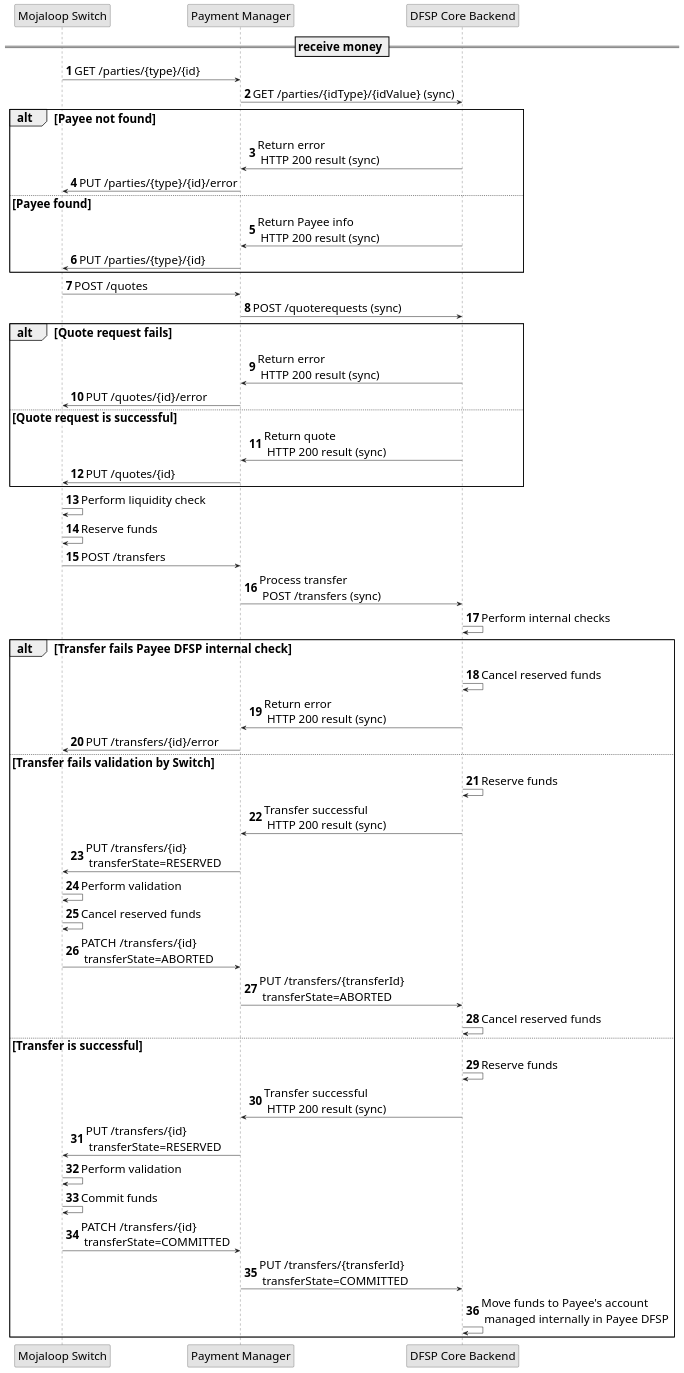
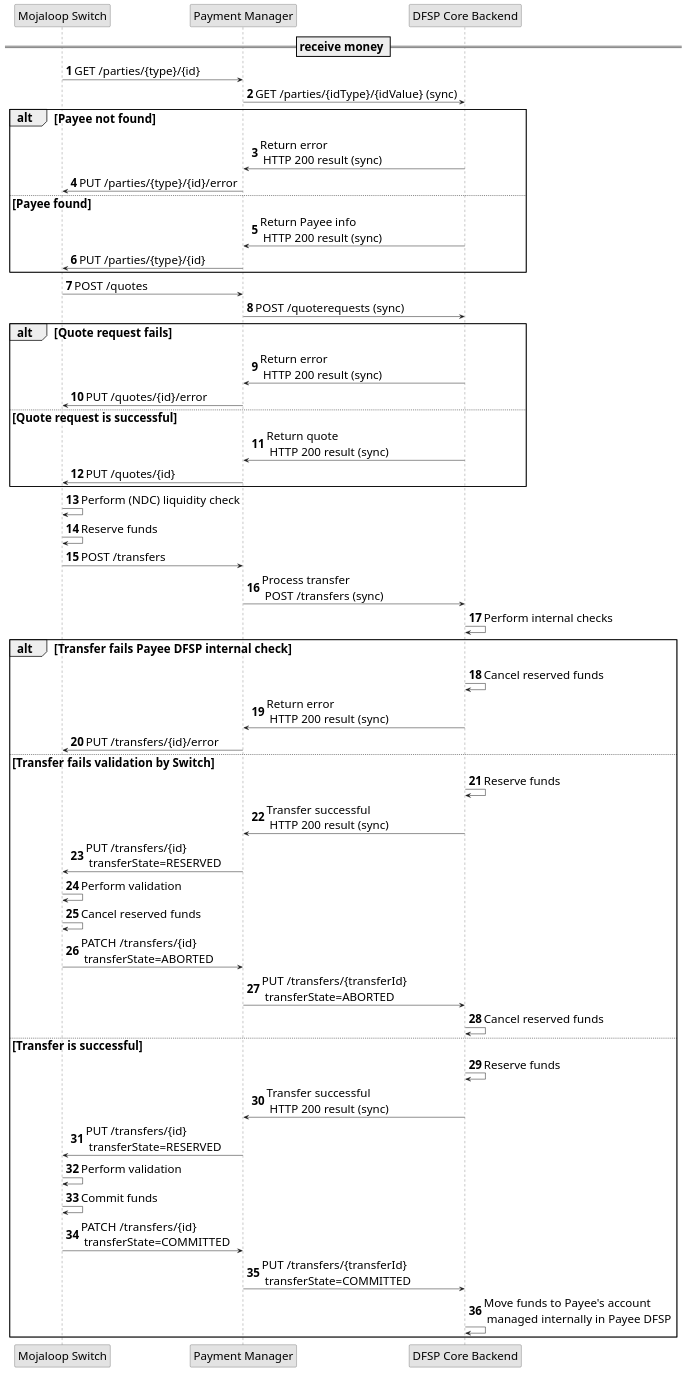
One commit to pm4ml/documents changed the diagram in modules/api_integration/images/PM4ML_transfer_flow_payee.plantuml. Above: the diagram before and after it, drawn with PlantUML. The commit also changed 9 other files, not shown here.

```diff
--- a/modules/api_integration/images/PM4ML_transfer_flow_payee.plantuml
+++ b/modules/api_integration/images/PM4ML_transfer_flow_payee.plantuml
@@ -1,66 +1,66 @@
 @startuml
 autonumber
 skinparam activityFontSize 4
 skinparam activityDiamondFontSize 30
 skinparam activityArrowFontSize 24
 skinparam defaultFontSize 24
 skinparam noteFontSize 24
 skinparam monochrome true
 
 participant "Mojaloop Switch" as sw
 
 participant "Payment Manager" as sib
   
 participant "DFSP Core Backend" as backend
 
 
 == receive money ==
 
     sw -> sib: GET /parties/{type}/{id}
     sib -> backend: GET /parties/{idType}/{idValue} (sync)
     alt Payee not found
     backend -> sib: Return error \n HTTP 200 result (sync)
     sib -> sw: PUT /parties/{type}/{id}/error
     else Payee found
     backend -> sib: Return Payee info \n HTTP 200 result (sync)
     sib -> sw: PUT /parties/{type}/{id}
     end
     sw -> sib: POST /quotes
     sib -> backend: POST /quoterequests (sync)
     alt Quote request fails
     backend -> sib: Return error \n HTTP 200 result (sync)
     sib -> sw: PUT /quotes/{id}/error
     else Quote request is successful
     backend -> sib: Return quote \n HTTP 200 result (sync)
     sib -> sw: PUT /quotes/{id}
     end
-    sw -> sw: Perform liquidity check
+    sw -> sw: Perform (NDC) liquidity check
     sw -> sw: Reserve funds
     sw -> sib: POST /transfers
     sib -> backend: Process transfer \n POST /transfers (sync)
     backend -> backend: Perform internal checks
     alt Transfer fails Payee DFSP internal check
     backend -> backend: Cancel reserved funds
     backend -> sib: Return error \n HTTP 200 result (sync)
     sib -> sw: PUT /transfers/{id}/error
     else Transfer fails validation by Switch
     backend -> backend: Reserve funds
     backend -> sib: Transfer successful \n HTTP 200 result (sync)
     sib -> sw: PUT /transfers/{id} \n transferState=RESERVED
     sw -> sw: Perform validation
     sw -> sw: Cancel reserved funds
     sw -> sib: PATCH /transfers/{id} \n transferState=ABORTED
     sib -> backend: PUT /transfers/{transferId} \n transferState=ABORTED
     backend -> backend: Cancel reserved funds
     else Transfer is successful
     backend -> backend: Reserve funds
     backend -> sib: Transfer successful \n HTTP 200 result (sync)
     sib -> sw: PUT /transfers/{id} \n transferState=RESERVED
     sw -> sw: Perform validation
     sw -> sw: Commit funds
     sw -> sib: PATCH /transfers/{id} \n transferState=COMMITTED
     sib -> backend: PUT /transfers/{transferId} \n transferState=COMMITTED
     backend -> backend: Move funds to Payee's account \n managed internally in Payee DFSP
     end
 
 @enduml
```
